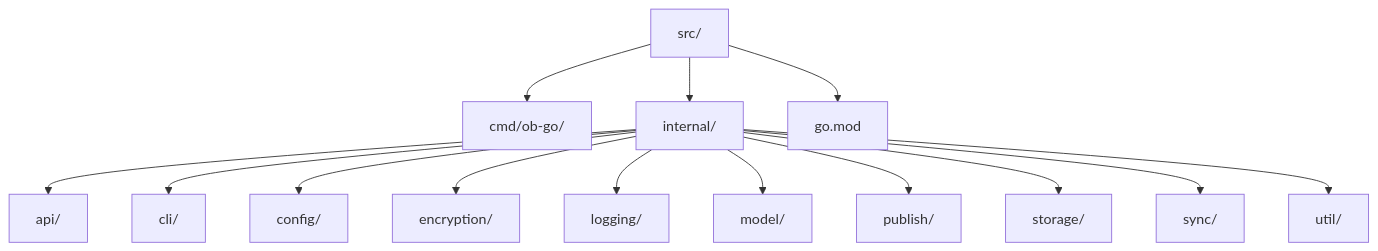
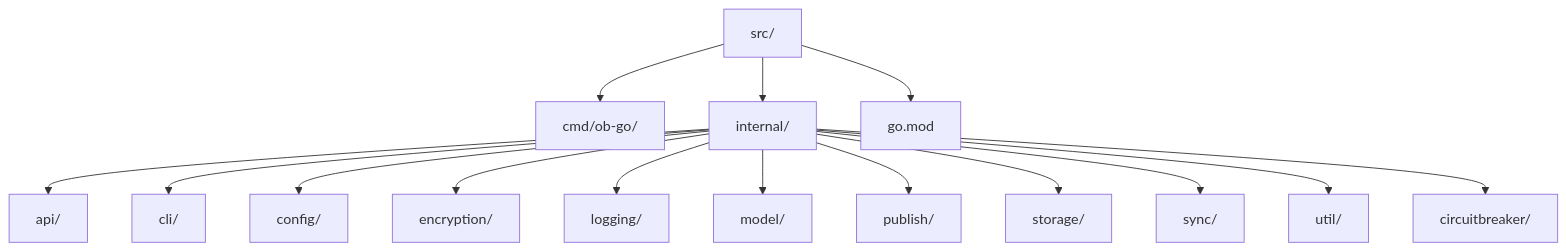
One commit to Belphemur/obsidian-headless changed the first of 4 diagrams in website/src/architecture/README.md. Above: the diagram before and after it, drawn with Mermaid. The commit also changed other lines of this file and 18 other files, not shown here.

````diff
--- a/website/src/architecture/README.md
+++ b/website/src/architecture/README.md
@@ -15,16 +15,17 @@
 ```mermaid
 graph TD
     A[src/] --> B[cmd/ob-go/]
     A --> C[internal/]
     A --> D[go.mod]
     C --> E[api/]
     C --> F[cli/]
     C --> G[config/]
     C --> H[encryption/]
     C --> I[logging/]
     C --> J[model/]
     C --> K[publish/]
     C --> L[storage/]
     C --> M[sync/]
     C --> N[util/]
+    C --> O[circuitbreaker/]
 ```
````
